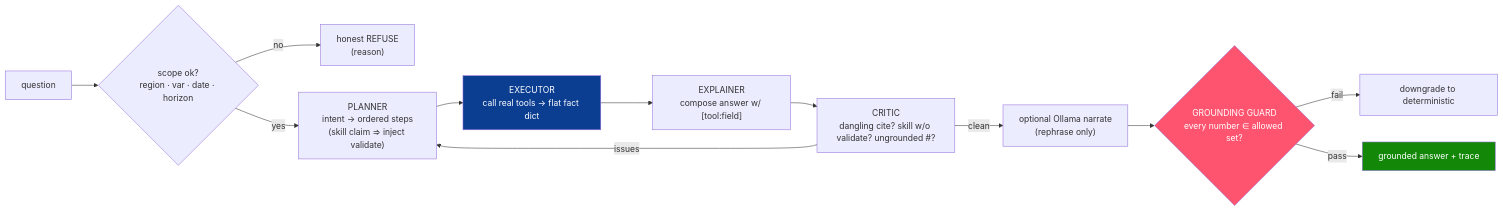
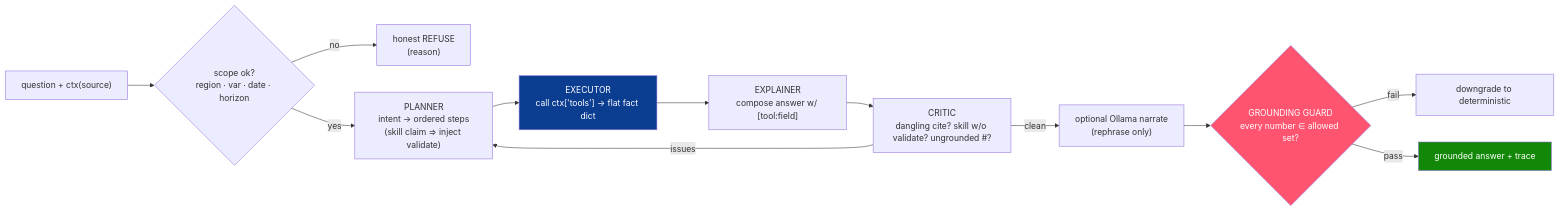
Before and after one commit to ayushap18/climatwin-india: the second of 3 diagrams in backend/README.md, drawn with Mermaid. The commit also changed other lines of this file and 9 other files, not shown here.

First line of the commit message:
docs: document the INSAT-3D/MOSDAC real-data regime, 3D terrain, and source-aware twin

````diff
--- a/backend/README.md
+++ b/backend/README.md
@@ -111,18 +183,18 @@
 ```mermaid
 flowchart LR
-    Q["question"] --> SCOPE{"scope ok?<br/>region · var · date · horizon"}
+    Q["question + ctx(source)"] --> SCOPE{"scope ok?<br/>region · var · date · horizon"}
     SCOPE -->|no| REFUSE["honest REFUSE<br/>(reason)"]
     SCOPE -->|yes| PLAN["PLANNER<br/>intent → ordered steps<br/>(skill claim ⇒ inject validate)"]
-    PLAN --> EXEC["EXECUTOR<br/>call real tools → flat fact dict"]
+    PLAN --> EXEC["EXECUTOR<br/>call ctx['tools'] → flat fact dict"]
     EXEC --> EXPLAIN["EXPLAINER<br/>compose answer w/ [tool:field]"]
     EXPLAIN --> CRITIC["CRITIC<br/>dangling cite? skill w/o validate? ungrounded #?"]
     CRITIC -->|issues| PLAN
     CRITIC -->|clean| NARR["optional Ollama narrate<br/>(rephrase only)"]
     NARR --> GUARD{"GROUNDING GUARD<br/>every number ∈ allowed set?"}
     GUARD -->|fail| DET["downgrade to deterministic"]
     GUARD -->|pass| OUT["grounded answer + trace"]
 
     style GUARD fill:#ff5470,color:#fff
     style EXEC fill:#0b3d91,color:#fff
     style OUT fill:#138808,color:#fff
 ```
````
